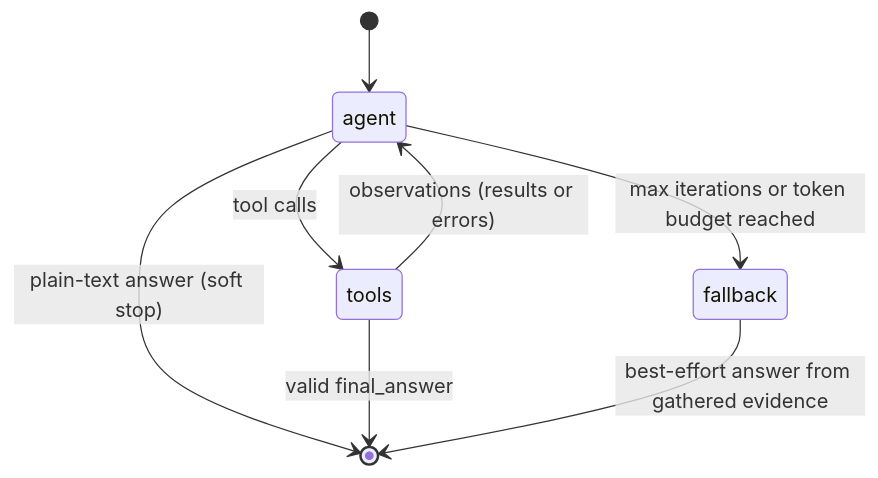
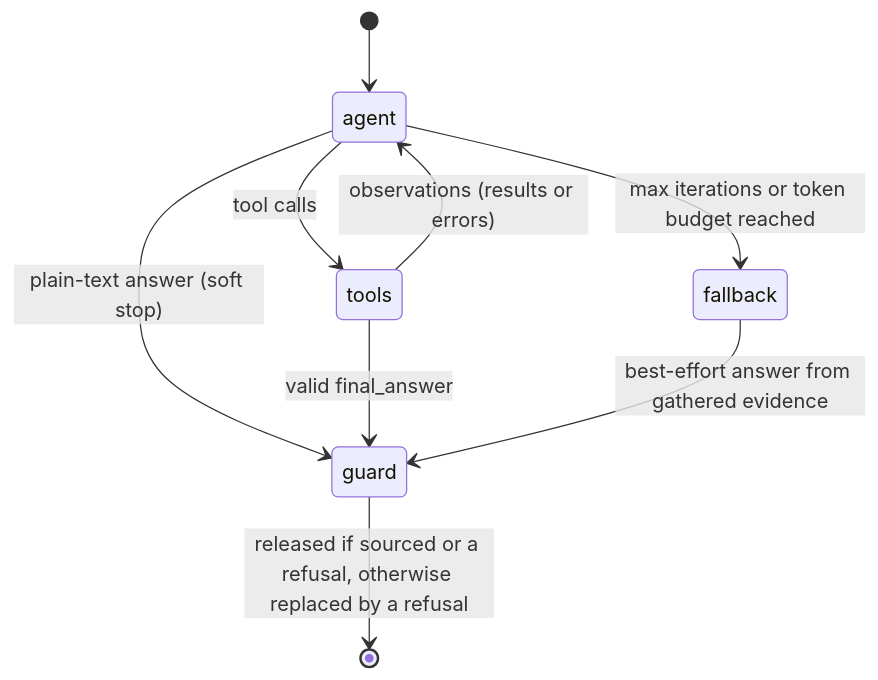
The second of 2 diagrams in docs/architecture.md (clementbada/ecb-rag-agent), drawn with Mermaid before and after one commit. The commit also changed other lines of this file, not shown here.

Commit message:
docs(architecture): show the output guard in the data flow and the agent loop

````diff
--- a/docs/architecture.md
+++ b/docs/architecture.md
@@ -46,10 +47,11 @@
 ```mermaid
 stateDiagram-v2
     [*] --> agent
     agent --> tools: tool calls
-    agent --> [*]: plain-text answer (soft stop)
+    agent --> guard: plain-text answer (soft stop)
     agent --> fallback: max iterations or token budget reached
     tools --> agent: observations (results or errors)
-    tools --> [*]: valid final_answer
-    fallback --> [*]: best-effort answer from gathered evidence
+    tools --> guard: valid final_answer
+    fallback --> guard: best-effort answer from gathered evidence
+    guard --> [*]: released if sourced or a refusal, otherwise replaced by a refusal
 ```
````
